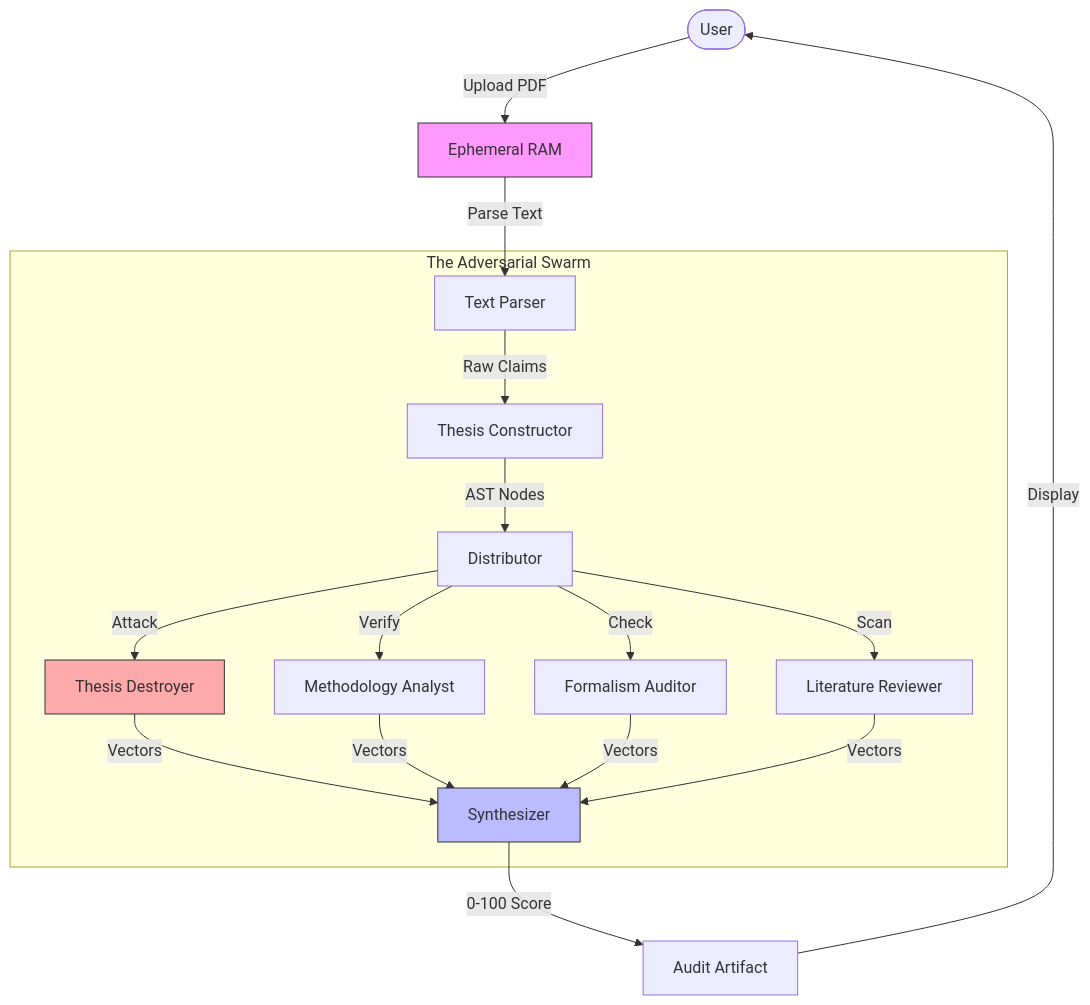
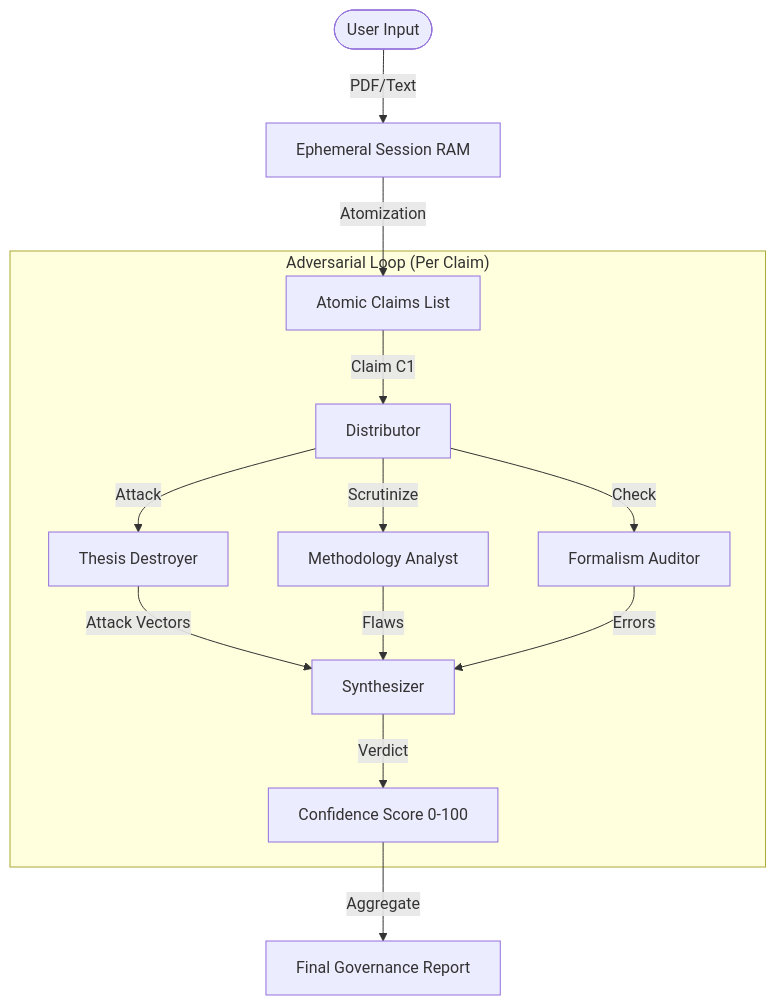
Before and after one commit to aum-metrics/ARGUS: the diagram in ARCHITECTURE.md, drawn with Mermaid. The commit also changed other lines of this file and 1 other file, not shown here.

Commit message:
Add detailed Architecture Whitepaper and User Guide

````diff
--- a/ARCHITECTURE.md
+++ b/ARCHITECTURE.md
@@ -25,27 +39,21 @@
 ```mermaid
 graph TD
-    User([User]) -->|Upload PDF| RAM[Ephemeral RAM]
-    RAM -->|Parse Text| Parser[Text Parser]
-    
-    subgraph "The Adversarial Swarm"
-        Parser -->|Raw Claims| Const[Thesis Constructor]
-        Const -->|AST Nodes| Dist[Distributor]
+    User([User Input]) -->|PDF/Text| RAM[Ephemeral Session RAM]
+    RAM -->|Atomization| Claims[Atomic Claims List]
+
+    subgraph "Adversarial Loop (Per Claim)"
+        Claims -->|Claim C1| Dist[Distributor]
         
-        Dist -->|Attack| Dest[Thesis Destroyer]
-        Dist -->|Verify| Meth[Methodology Analyst]
-        Dist -->|Check| Form[Formalism Auditor]
-        Dist -->|Scan| Lit[Literature Reviewer]
+        Dist -->|Attack| Destroyer[Thesis Destroyer]
+        Dist -->|Scrutinize| Analyst[Methodology Analyst]
+        Dist -->|Check| Formalist[Formalism Auditor]
         
-        Dest -->|Vectors| Syn[Synthesizer]
-        Meth -->|Vectors| Syn
-        Form -->|Vectors| Syn
-        Lit -->|Vectors| Syn
+        Destroyer -->|Attack Vectors| Syn[Synthesizer]
+        Analyst -->|Flaws| Syn
+        Formalist -->|Errors| Syn
+        
+        Syn -->|Verdict| Score[Confidence Score 0-100]
     end
-    
-    Syn -->|0-100 Score| Report[Audit Artifact]
-    Report -->|Display| User
-    
-    style RAM fill:#f9f,stroke:#333
-    style Syn fill:#bbf,stroke:#333
-    style Dest fill:#faa,stroke:#333
+
+    Score -->|Aggregate| Report[Final Governance Report]
 ```
````
